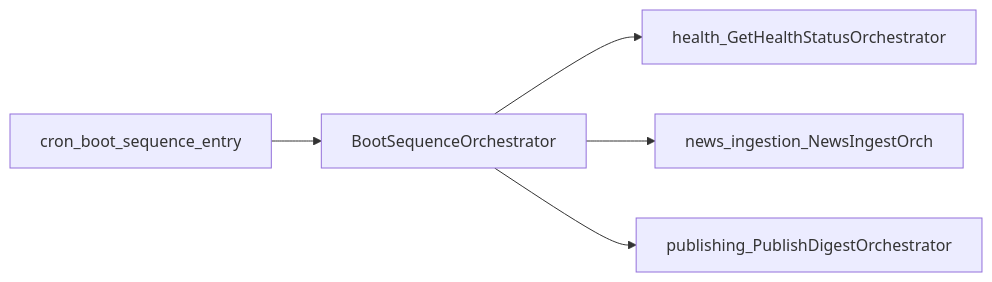
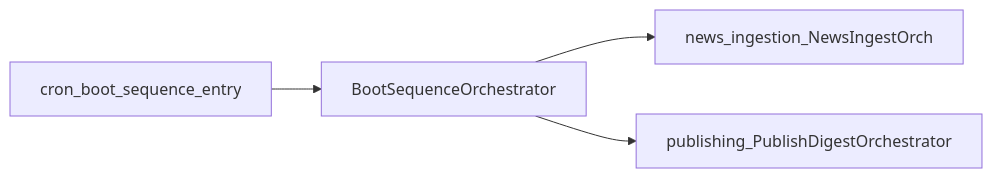
One commit to Romkoos/new-bot-be changed the diagram in src/modules/news-pipeline/README.md. Above: the diagram before and after it, drawn with Mermaid. The commit also changed 35 other files, not shown here.

````diff
--- a/src/modules/news-pipeline/README.md
+++ b/src/modules/news-pipeline/README.md
@@ -5,7 +5,6 @@
 ```mermaid
 flowchart LR
   BootEntry[cron_boot_sequence_entry] --> BootOrch[BootSequenceOrchestrator]
-  BootOrch --> Health[health_GetHealthStatusOrchestrator]
   BootOrch --> Ingest[news_ingestion_NewsIngestOrch]
   BootOrch --> Publish[publishing_PublishDigestOrchestrator]
 ```
````
